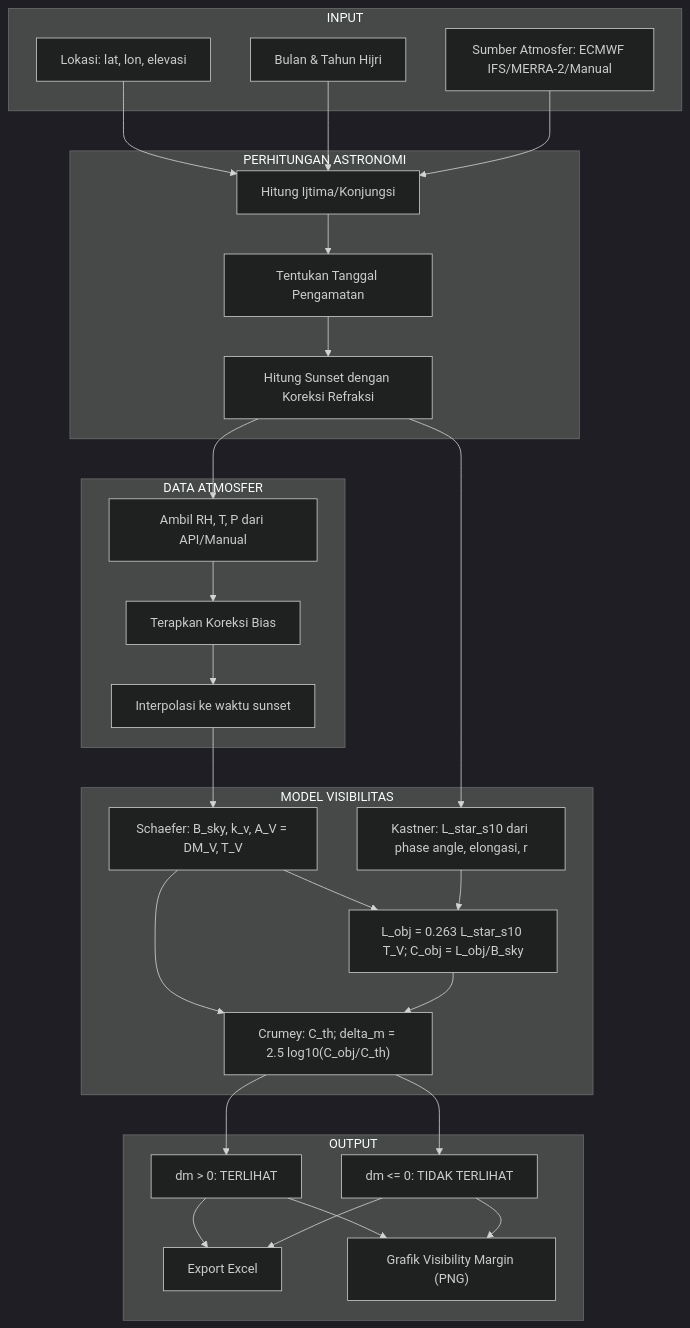
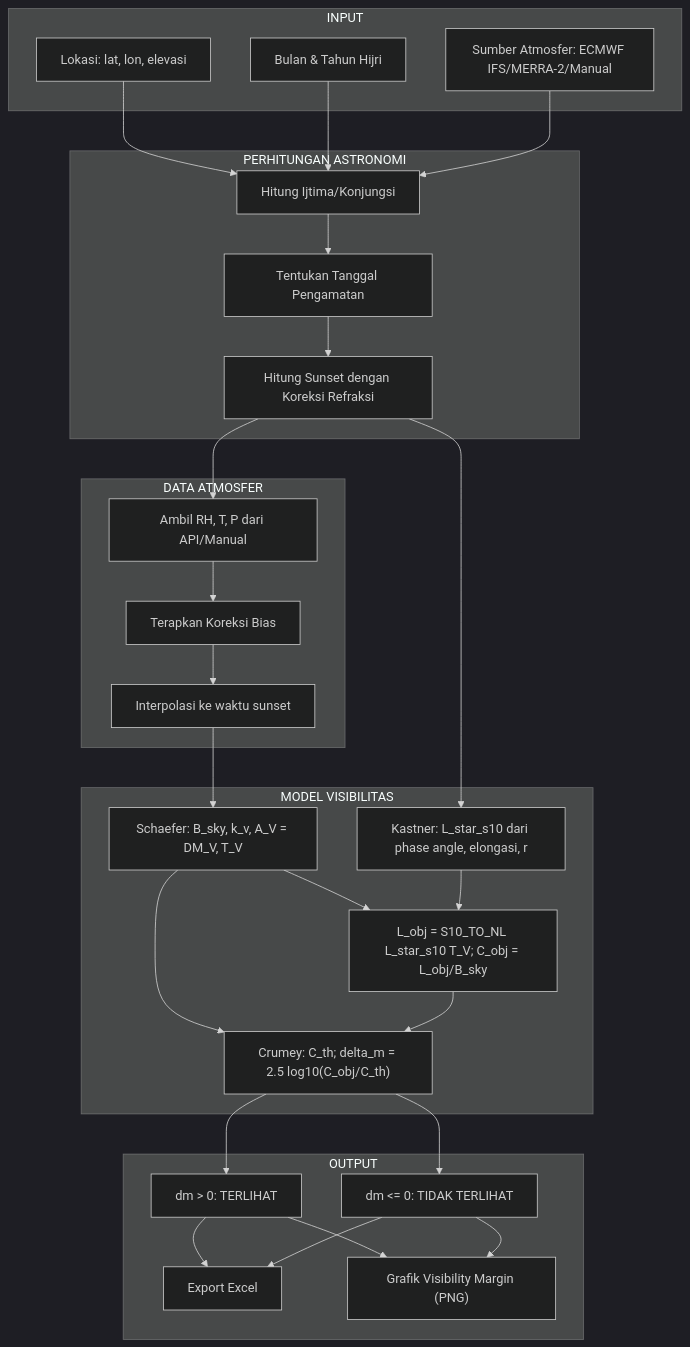
One commit to addinsaputra/Theoretical_Model_for_Hilal_Visibility changed the diagram in README.md. Above: the diagram before and after it, drawn with Mermaid (dark theme). The commit also changed other lines of this file and 310 other files, not shown here.

````diff
--- a/README.md
+++ b/README.md
@@ -149,42 +149,42 @@
 ```mermaid
 flowchart TB
     subgraph INPUT["INPUT"]
         A1[Lokasi: lat, lon, elevasi]
         A2[Bulan & Tahun Hijri]
         A3[Sumber Atmosfer: ECMWF IFS/MERRA-2/Manual]
     end
 
     subgraph HISAB["PERHITUNGAN ASTRONOMI"]
         B1[Hitung Ijtima/Konjungsi]
         B2[Tentukan Tanggal Pengamatan]
         B3[Hitung Sunset dengan Koreksi Refraksi]
     end
 
     subgraph ATMOSFER["DATA ATMOSFER"]
         C1[Ambil RH, T, P dari API/Manual]
         C2[Terapkan Koreksi Bias]
         C3[Interpolasi ke waktu sunset]
     end
 
     subgraph MODEL["MODEL VISIBILITAS"]
         D1["Schaefer: B_sky, k_v, A_V = DM_V, T_V"]
         D2["Kastner: L_star_s10 dari phase angle, elongasi, r"]
-        D3["L_obj = 0.263 L_star_s10 T_V; C_obj = L_obj/B_sky"]
+        D3["L_obj = S10_TO_NL L_star_s10 T_V; C_obj = L_obj/B_sky"]
         D4["Crumey: C_th; delta_m = 2.5 log10(C_obj/C_th)"]
     end
 
     subgraph OUTPUT["OUTPUT"]
         E1["dm > 0: TERLIHAT"]
         E2["dm <= 0: TIDAK TERLIHAT"]
         E3[Export Excel]
         E4["Grafik Visibility Margin (PNG)"]
     end
 
     A1 & A2 & A3 --> B1 --> B2 --> B3
     B3 --> C1 --> C2 --> C3
     C3 --> D1
     B3 --> D2
     D1 & D2 --> D3
     D1 --> D4
     D3 --> D4 --> E1 & E2 --> E3 & E4
 ```
````
